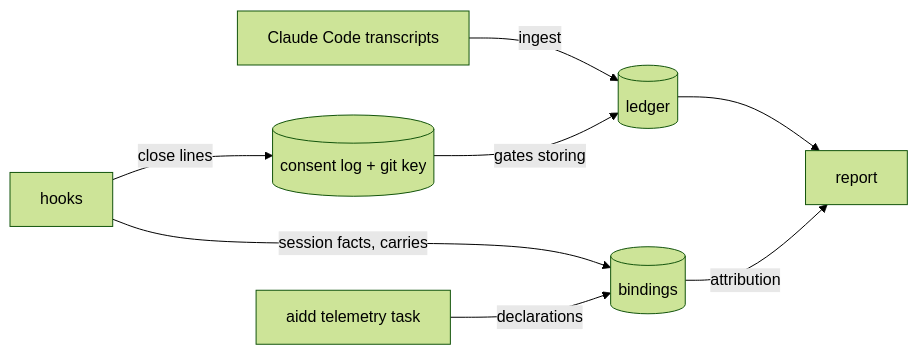
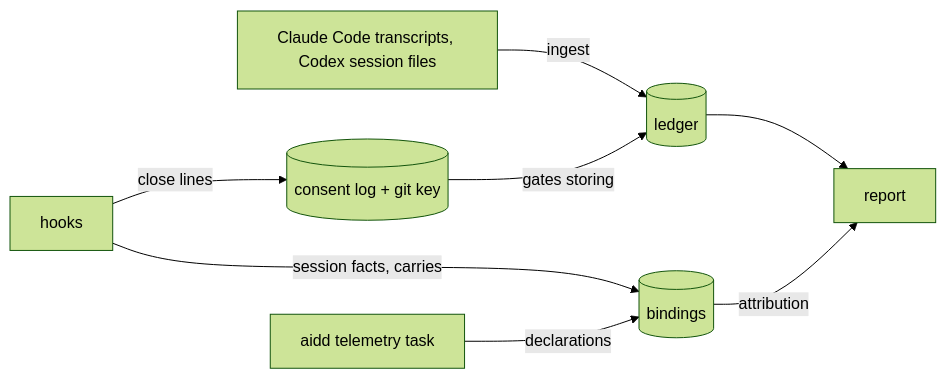
Before and after one commit to BlandineRdl/framework: the first of 4 diagrams in aidd_docs/product/usage-contract.md, drawn with Mermaid (forest theme). The commit also changed other lines of this file and 54 other files, not shown here.

First line of the commit message:
feat(telemetry): measure codex from its own session files (#1057)

````diff
--- a/aidd_docs/product/usage-contract.md
+++ b/aidd_docs/product/usage-contract.md
@@ -14,10 +14,10 @@
 ```mermaid
 flowchart LR
-  T["Claude Code transcripts"] -->|"ingest"| L[("ledger")]
+  T["Claude Code transcripts, Codex session files"] -->|"ingest"| L[("ledger")]
   C[("consent log + git key")] -->|"gates storing"| L
   H["hooks"] -->|"session facts, carries"| B[("bindings")]
   H -->|"close lines"| C
   K["aidd telemetry task"] -->|"declarations"| B
   L --> R["report"]
   B -->|"attribution"| R
 ```
````
